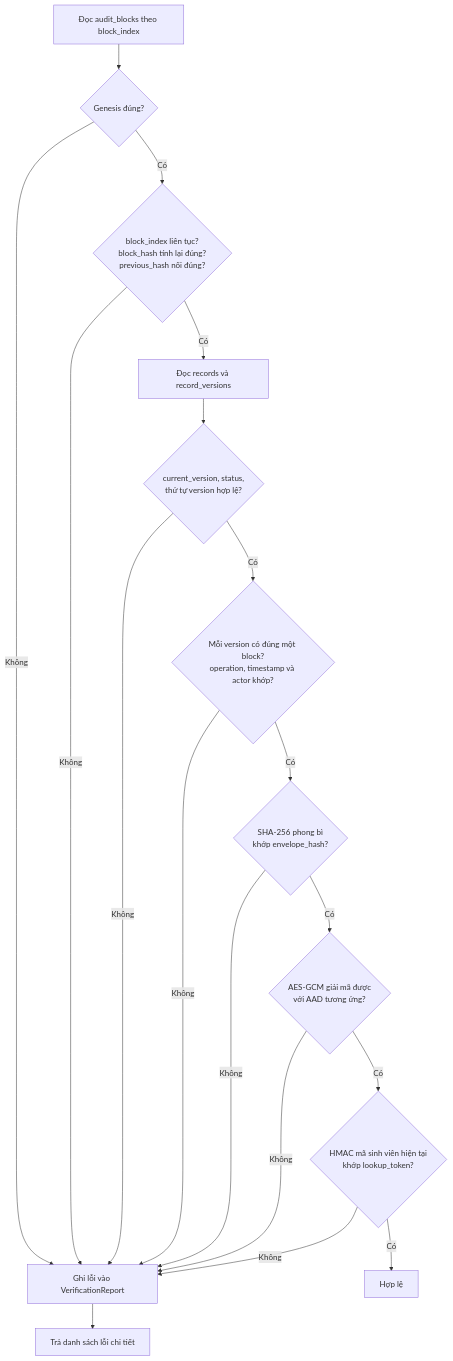
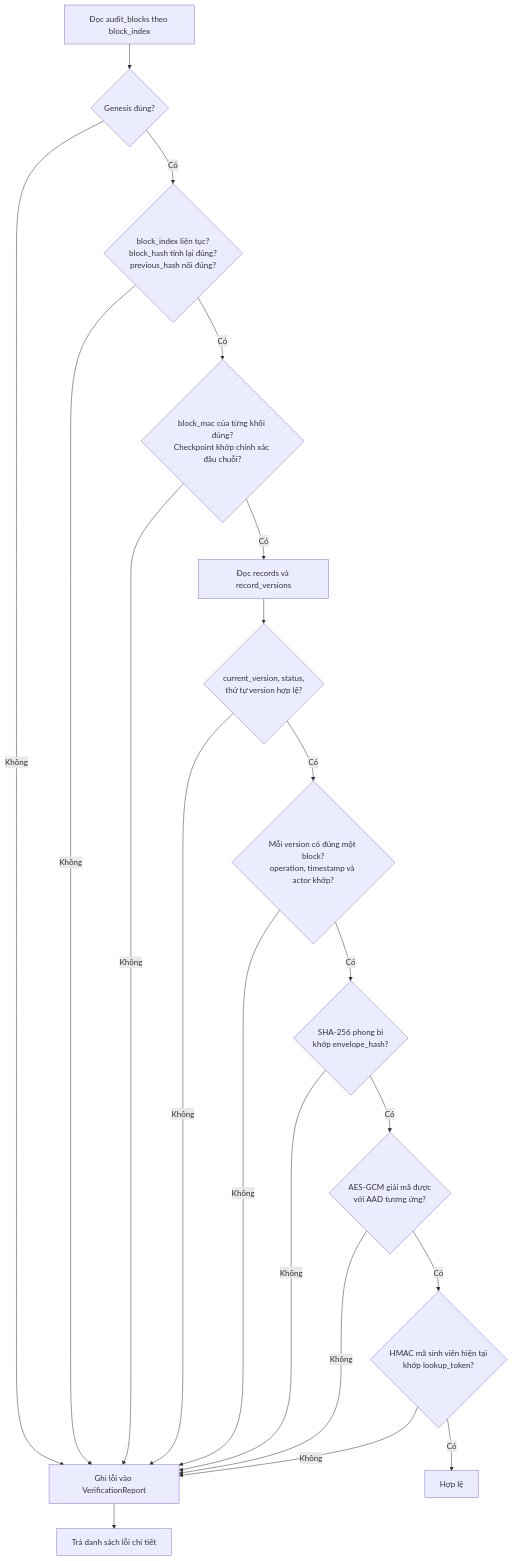
Before and after one commit to hv6z/secureedu-authenticated-student-records: the fourth of 6 diagrams in docs/KIEN_TRUC_HE_THONG.md, drawn with Mermaid. The commit also changed other lines of this file and 36 other files, not shown here.

````diff
--- a/docs/KIEN_TRUC_HE_THONG.md
+++ b/docs/KIEN_TRUC_HE_THONG.md
@@ -130,20 +139,22 @@
 ```mermaid
 flowchart TD
     A["Đọc audit_blocks theo block_index"] --> B{"Genesis đúng?"}
     B -- Không --> X["Ghi lỗi vào VerificationReport"]
     B -- Có --> C{"block_index liên tục?<br/>block_hash tính lại đúng?<br/>previous_hash nối đúng?"}
     C -- Không --> X
-    C -- Có --> D["Đọc records và record_versions"]
+    C -- Có --> C2{"block_mac của từng khối đúng?<br/>Checkpoint khớp chính xác đầu chuỗi?"}
+    C2 -- Không --> X
+    C2 -- Có --> D["Đọc records và record_versions"]
     D --> E{"current_version, status,<br/>thứ tự version hợp lệ?"}
     E -- Không --> X
     E -- Có --> F{"Mỗi version có đúng một block?<br/>operation, timestamp và actor khớp?"}
     F -- Không --> X
     F -- Có --> G{"SHA-256 phong bì<br/>khớp envelope_hash?"}
     G -- Không --> X
     G -- Có --> H{"AES-GCM giải mã được<br/>với AAD tương ứng?"}
     H -- Không --> X
     H -- Có --> I{"HMAC mã sinh viên hiện tại<br/>khớp lookup_token?"}
     I -- Không --> X
     I -- Có --> J["Hợp lệ"]
     X --> K["Trả danh sách lỗi chi tiết"]
 ```
````
